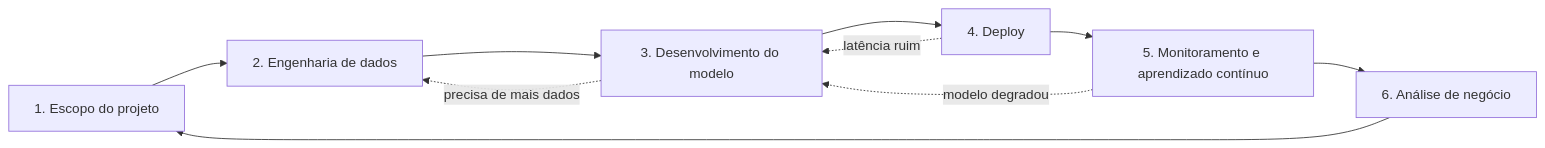
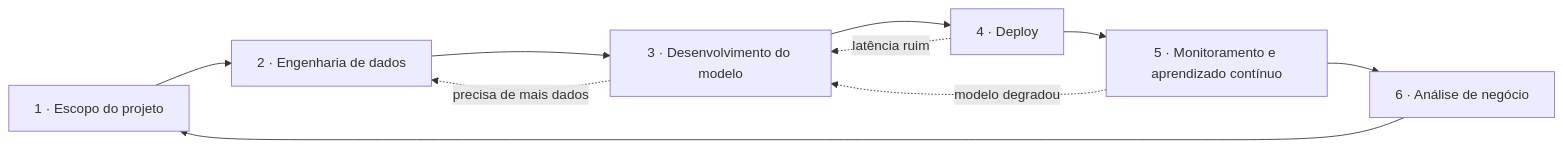
One commit to ogatalars/guia_software_engineering_teorico changed the diagram in content/pt-br/ia/designing-ml-systems/02-introducao-ao-design-de-sistemas-de-ml.md. Above: the diagram before and after it, drawn with Mermaid. The commit also changed 12 other files, not shown here.

First line of the commit message:
fix(content): corrige diagramas Mermaid com rótulos iniciados por 'N.'

````diff
--- a/content/pt-br/ia/designing-ml-systems/02-introducao-ao-design-de-sistemas-de-ml.md
+++ b/content/pt-br/ia/designing-ml-systems/02-introducao-ao-design-de-sistemas-de-ml.md
@@ -47,12 +47,12 @@
 ```mermaid
 flowchart LR
-    A["1. Escopo do projeto"] --> B["2. Engenharia de dados"]
-    B --> C["3. Desenvolvimento do modelo"]
-    C --> D["4. Deploy"]
-    D --> E["5. Monitoramento e aprendizado contínuo"]
-    E --> F["6. Análise de negócio"]
+    A["1 · Escopo do projeto"] --> B["2 · Engenharia de dados"]
+    B --> C["3 · Desenvolvimento do modelo"]
+    C --> D["4 · Deploy"]
+    D --> E["5 · Monitoramento e aprendizado contínuo"]
+    E --> F["6 · Análise de negócio"]
     F --> A
     C -. "precisa de mais dados" .-> B
     E -. "modelo degradou" .-> C
     D -. "latência ruim" .-> C
 ```
````
